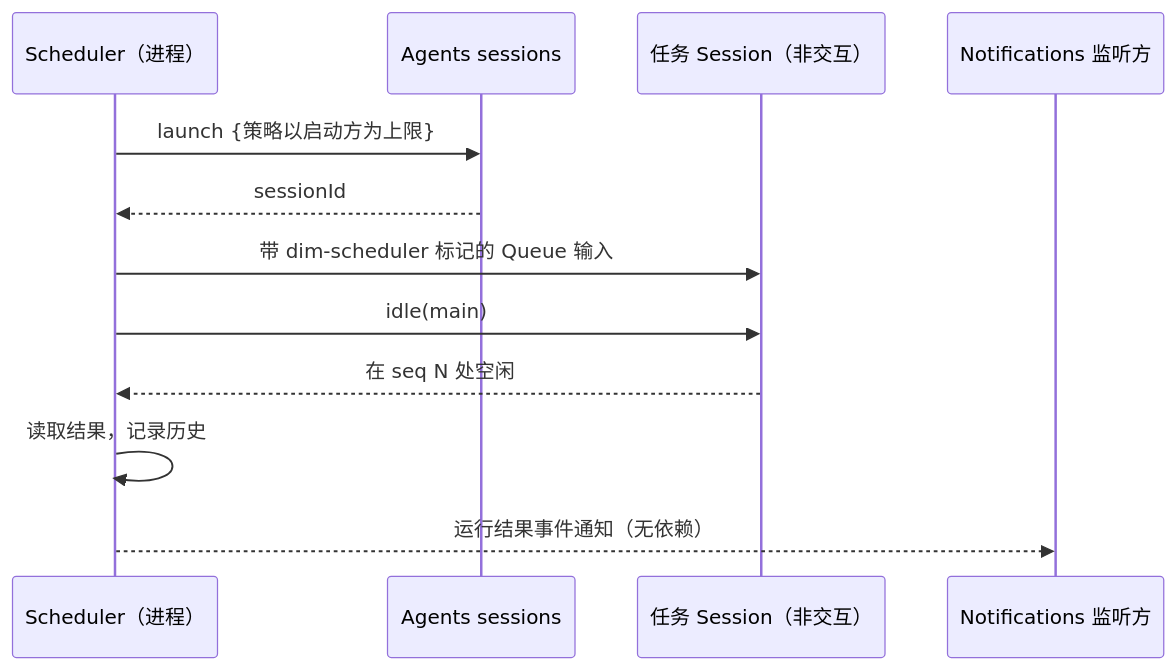
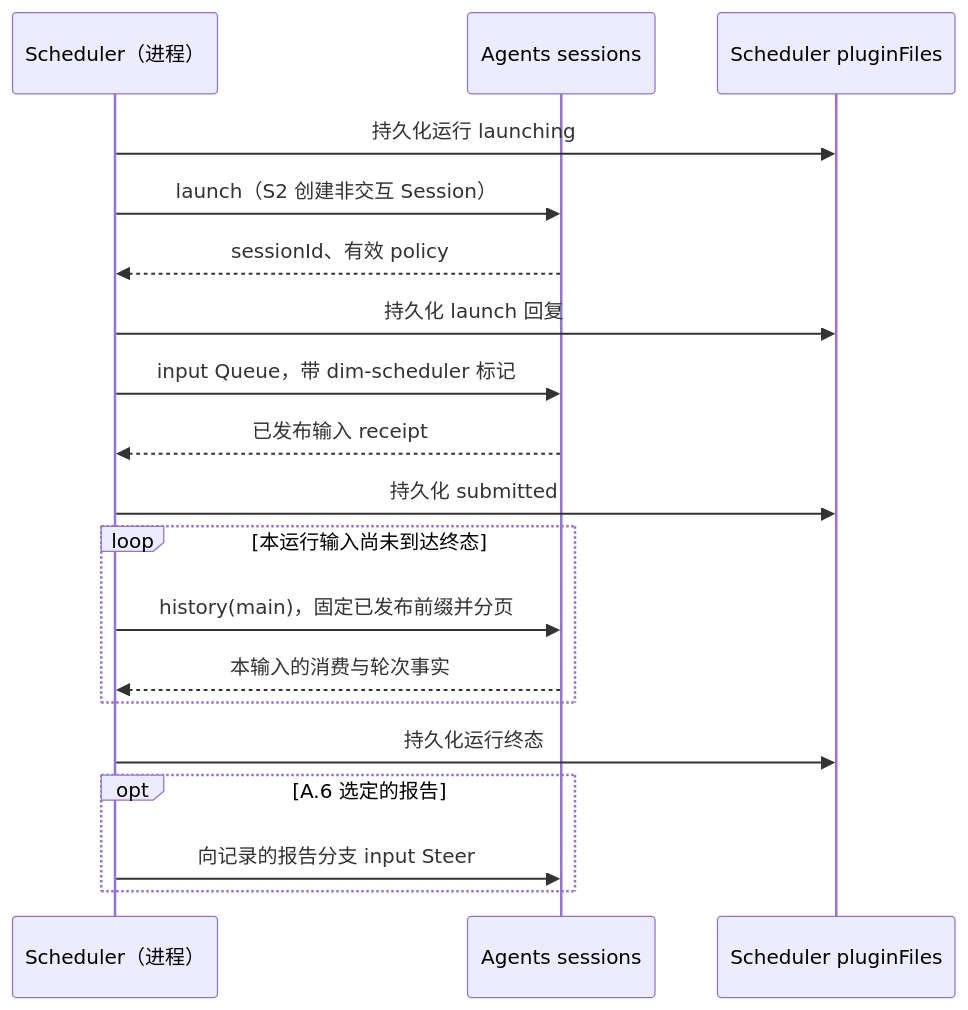
The seventh of 8 diagrams in docs/zh/design/overview.md (CoutinhoTTS/dim-agent), drawn with Mermaid before and after one commit. The commit also changed other lines of this file and 2 other files, not shown here.

Commit message:
docs: align plugin overview with delivered bindings

````diff
--- a/docs/zh/design/overview.md
+++ b/docs/zh/design/overview.md
@@ -274,14 +273,21 @@
 ```mermaid
 sequenceDiagram
   participant SC as Scheduler（进程）
   participant AI as Agents sessions
-  participant S as 任务 Session（非交互）
-  participant NT as Notifications 监听方
-  SC->>AI: launch {策略以启动方为上限}
-  AI-->>SC: sessionId
-  SC->>S: 带 dim-scheduler 标记的 Queue 输入
-  SC->>S: idle(main)
-  S-->>SC: 在 seq N 处空闲
-  SC->>SC: 读取结果，记录历史
-  SC-->>NT: 运行结果事件通知（无依赖）
+  participant PF as Scheduler pluginFiles
+  SC->>PF: 持久化运行 launching
+  SC->>AI: launch（S2 创建非交互 Session）
+  AI-->>SC: sessionId、有效 policy
+  SC->>PF: 持久化 launch 回复
+  SC->>AI: input Queue，带 dim-scheduler 标记
+  AI-->>SC: 已发布输入 receipt
+  SC->>PF: 持久化 submitted
+  loop 本运行输入尚未到达终态
+    SC->>AI: history(main)，固定已发布前缀并分页
+    AI-->>SC: 本输入的消费与轮次事实
+  end
+  SC->>PF: 持久化运行终态
+  opt A.6 选定的报告
+    SC->>AI: 向记录的报告分支 input Steer
+  end
 ```
````
